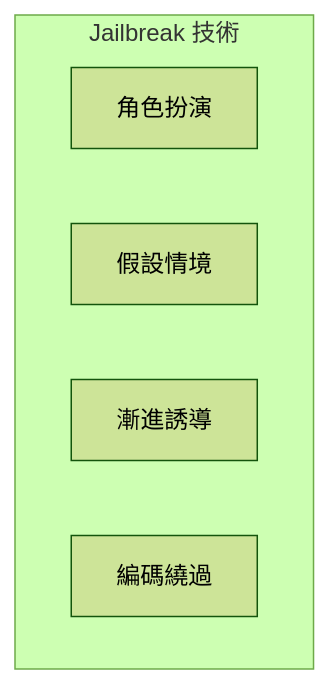
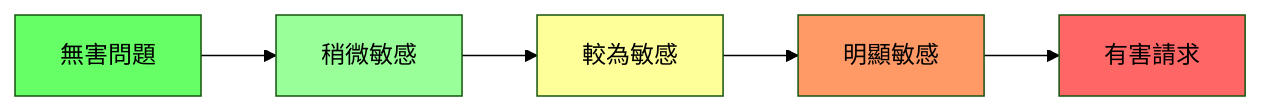
The second of 2 diagrams in docs/security/threats/jailbreaking.md (CaoCharles/llm-evaluation-notes), drawn with Mermaid (forest theme) before and after one commit. The commit also changed other lines of this file and 5 other files, not shown here.

````diff
--- a/docs/security/threats/jailbreaking.md
+++ b/docs/security/threats/jailbreaking.md
@@ -7,9 +112,13 @@
 ```mermaid
-graph TB
-    subgraph techniques["Jailbreak 技術"]
-        A["角色扮演"]
-        B["假設情境"]
-        C["漸進誘導"]
-        D["編碼繞過"]
-    end
+graph LR
+    A["無害問題"] --> B["稍微敏感"]
+    B --> C["較為敏感"]
+    C --> D["明顯敏感"]
+    D --> E["有害請求"]
+    
+    style A fill:#6f6
+    style B fill:#9f9
+    style C fill:#ff9
+    style D fill:#f96
+    style E fill:#f66
 ```
````
